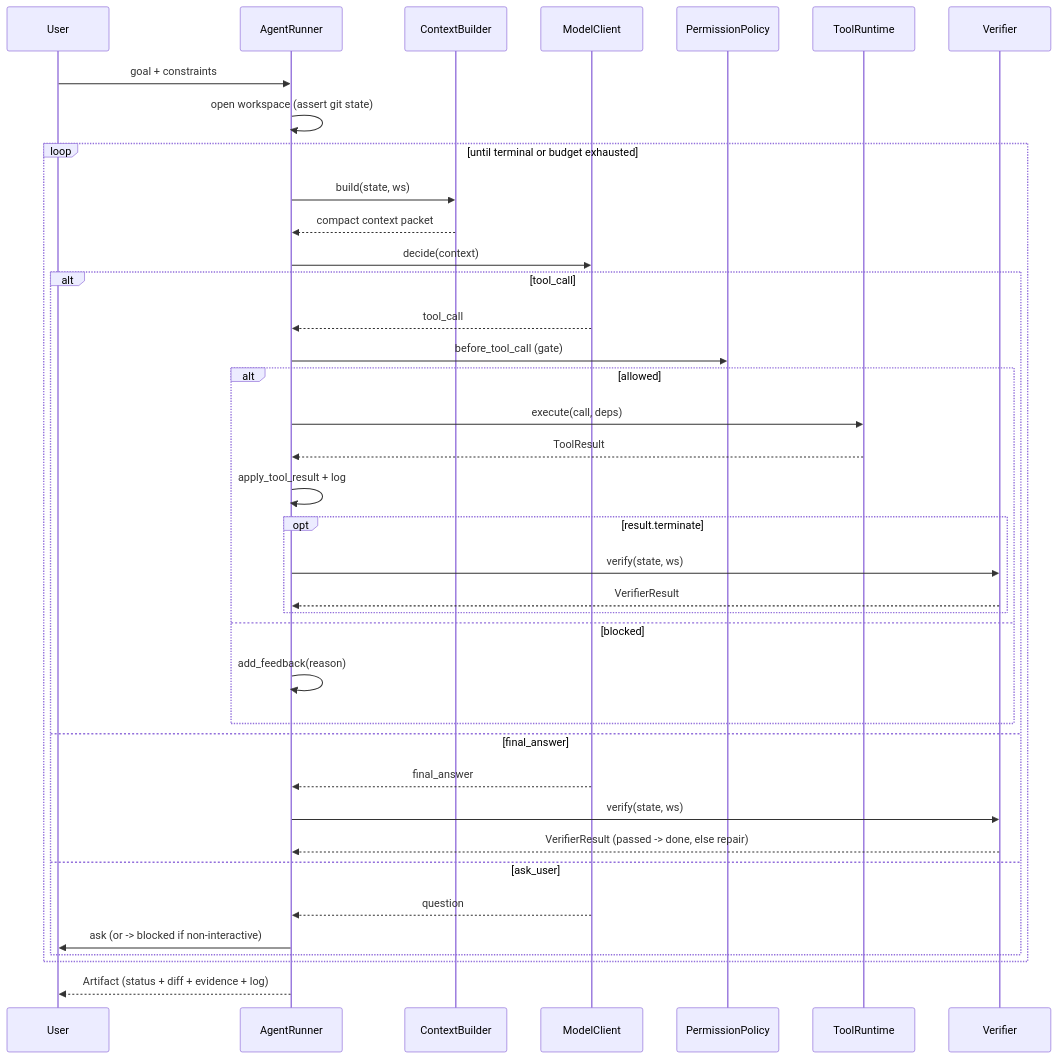
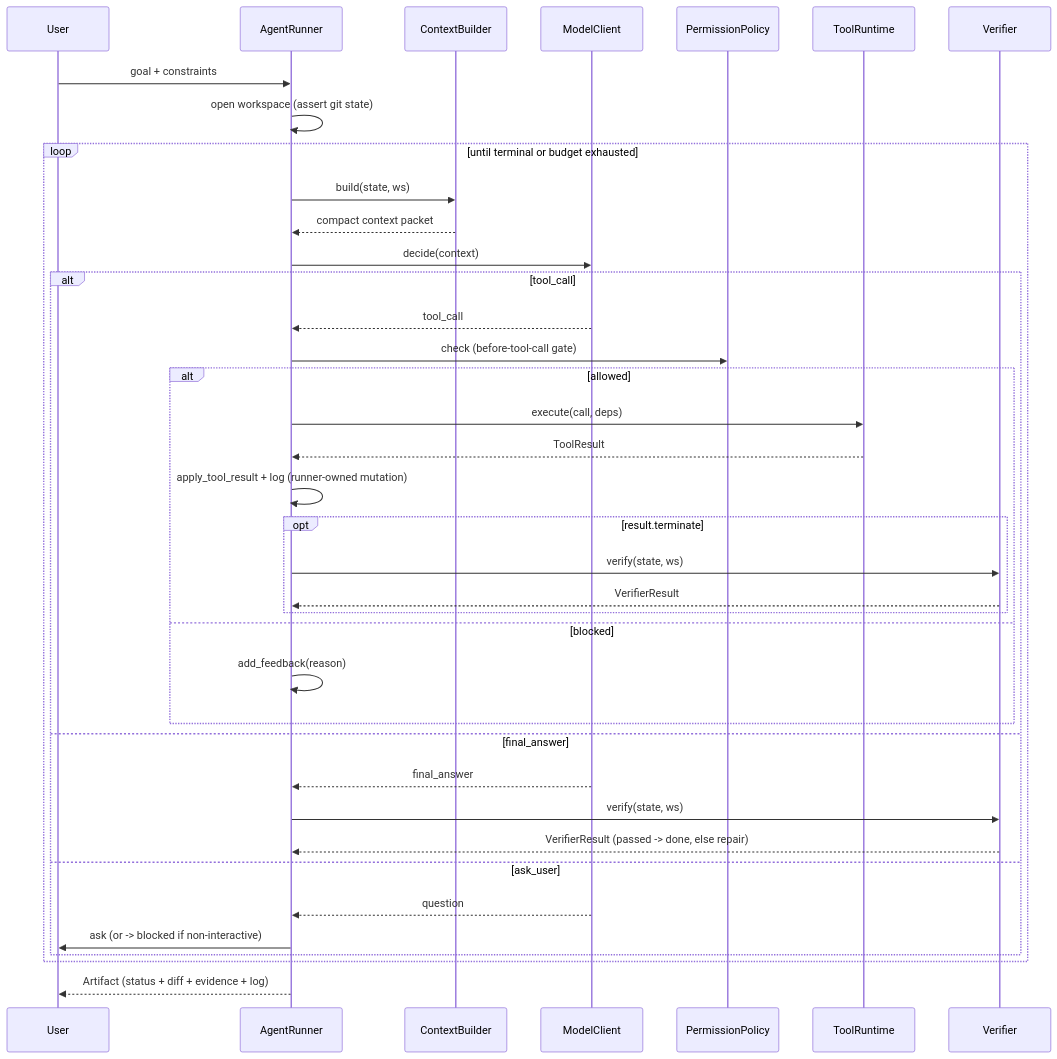
The second of 3 diagrams in HARNESS_DESIGN.md (codexceed/avatar-harness), drawn with Mermaid before and after one commit. The commit also changed other lines of this file, not shown here.

````diff
--- a/HARNESS_DESIGN.md
+++ b/HARNESS_DESIGN.md
@@ -160,41 +165,41 @@
 ```mermaid
 sequenceDiagram
     participant U as User
     participant R as AgentRunner
     participant C as ContextBuilder
     participant M as ModelClient
     participant P as PermissionPolicy
     participant T as ToolRuntime
     participant V as Verifier
 
     U->>R: goal + constraints
     R->>R: open workspace (assert git state)
     loop until terminal or budget exhausted
         R->>C: build(state, ws)
         C-->>R: compact context packet
         R->>M: decide(context)
         alt tool_call
             M-->>R: tool_call
-            R->>P: before_tool_call (gate)
+            R->>P: check (before-tool-call gate)
             alt allowed
                 R->>T: execute(call, deps)
                 T-->>R: ToolResult
-                R->>R: apply_tool_result + log
+                R->>R: apply_tool_result + log (runner-owned mutation)
                 opt result.terminate
                     R->>V: verify(state, ws)
                     V-->>R: VerifierResult
                 end
             else blocked
                 R->>R: add_feedback(reason)
             end
         else final_answer
             M-->>R: final_answer
             R->>V: verify(state, ws)
             V-->>R: VerifierResult (passed -> done, else repair)
         else ask_user
             M-->>R: question
             R->>U: ask (or -> blocked if non-interactive)
         end
     end
     R-->>U: Artifact (status + diff + evidence + log)
 ```
````
